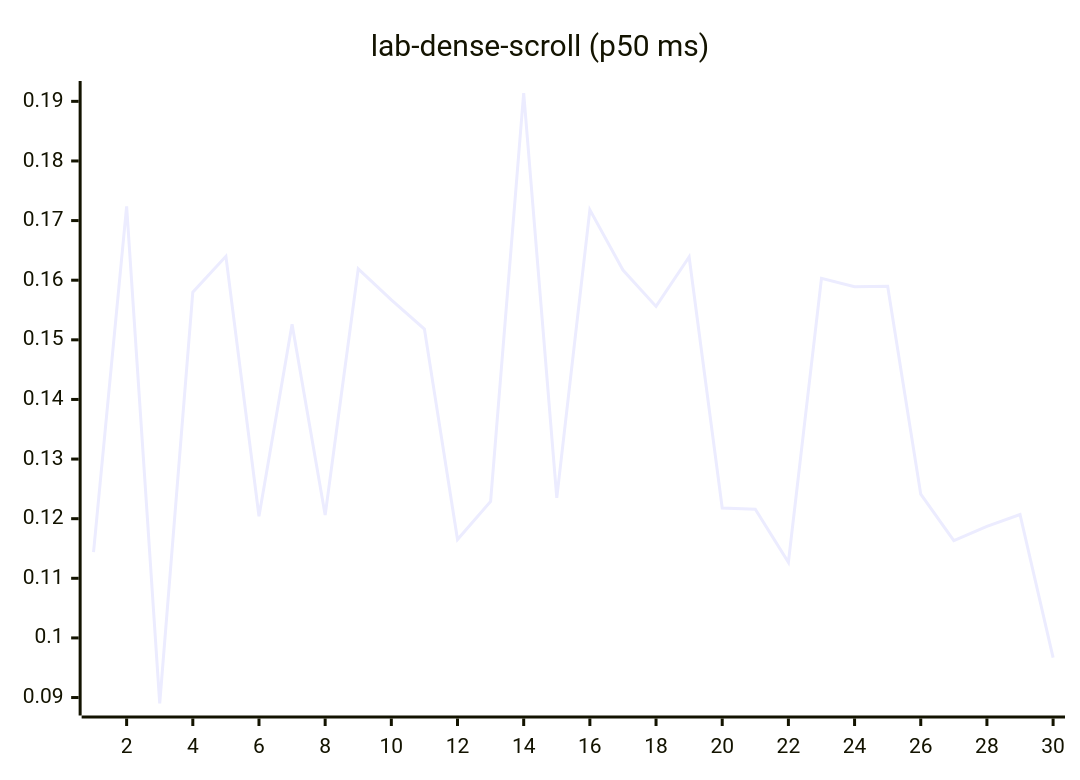
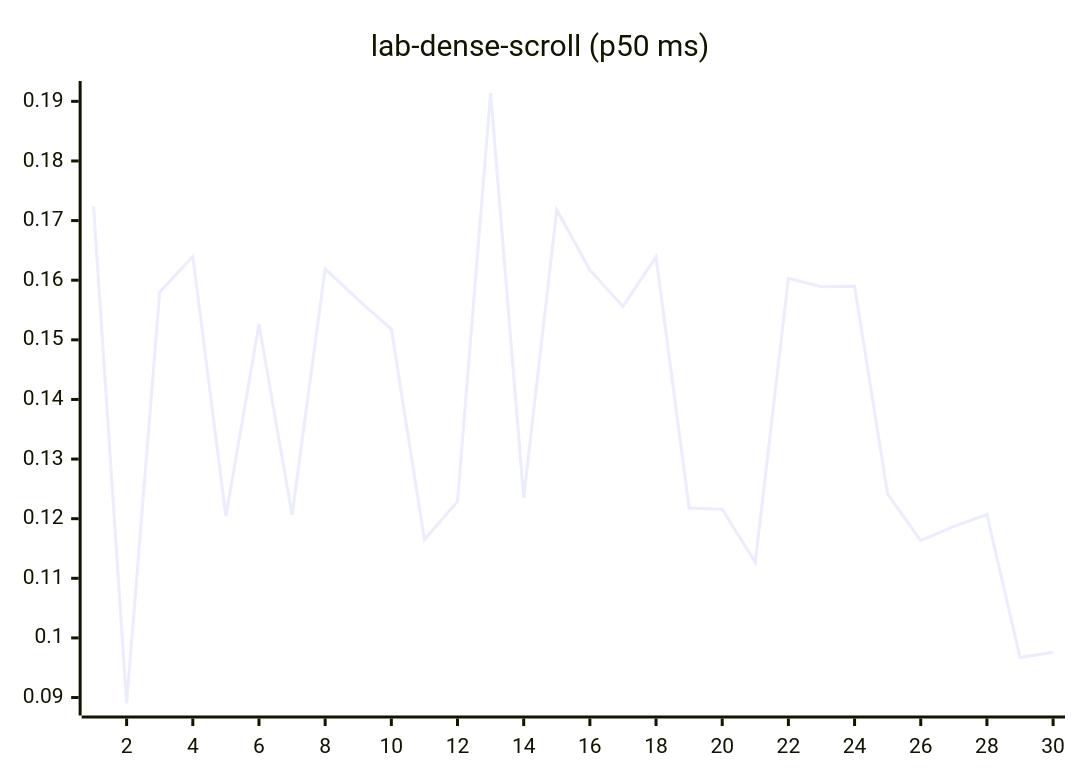
One commit to josha/Facet changed diagram 12 of 27 in README.md. Above: the diagram before and after it, drawn with Mermaid. The commit also changed other lines of this file and 2 other files, not shown here.

````diff
--- a/README.md
+++ b/README.md
@@ -140,6 +140,6 @@
 ```mermaid
 xychart-beta
     title "lab-dense-scroll (p50 ms)"
     x-axis 1 --> 30
-    line [0.1144, 0.1724, 0.0890, 0.1580, 0.1640, 0.1204, 0.1526, 0.1206, 0.1619, 0.1567, 0.1518, 0.1165, 0.1229, 0.1914, 0.1235, 0.1718, 0.1617, 0.1556, 0.1639, 0.1218, 0.1216, 0.1127, 0.1603, 0.1589, 0.1590, 0.1241, 0.1163, 0.1187, 0.1207, 0.0967]
+    line [0.1724, 0.0890, 0.1580, 0.1640, 0.1204, 0.1526, 0.1206, 0.1619, 0.1567, 0.1518, 0.1165, 0.1229, 0.1914, 0.1235, 0.1718, 0.1617, 0.1556, 0.1639, 0.1218, 0.1216, 0.1127, 0.1603, 0.1589, 0.1590, 0.1241, 0.1163, 0.1187, 0.1207, 0.0967, 0.0976]
 ```
````
